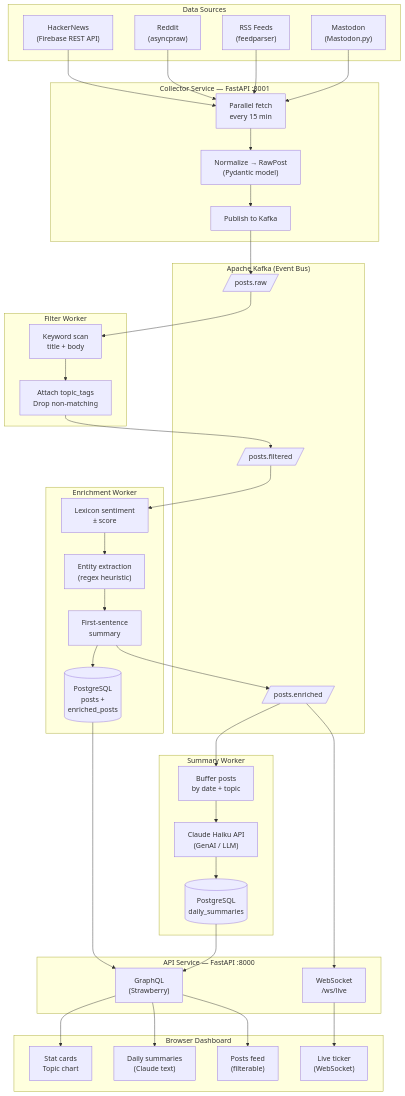
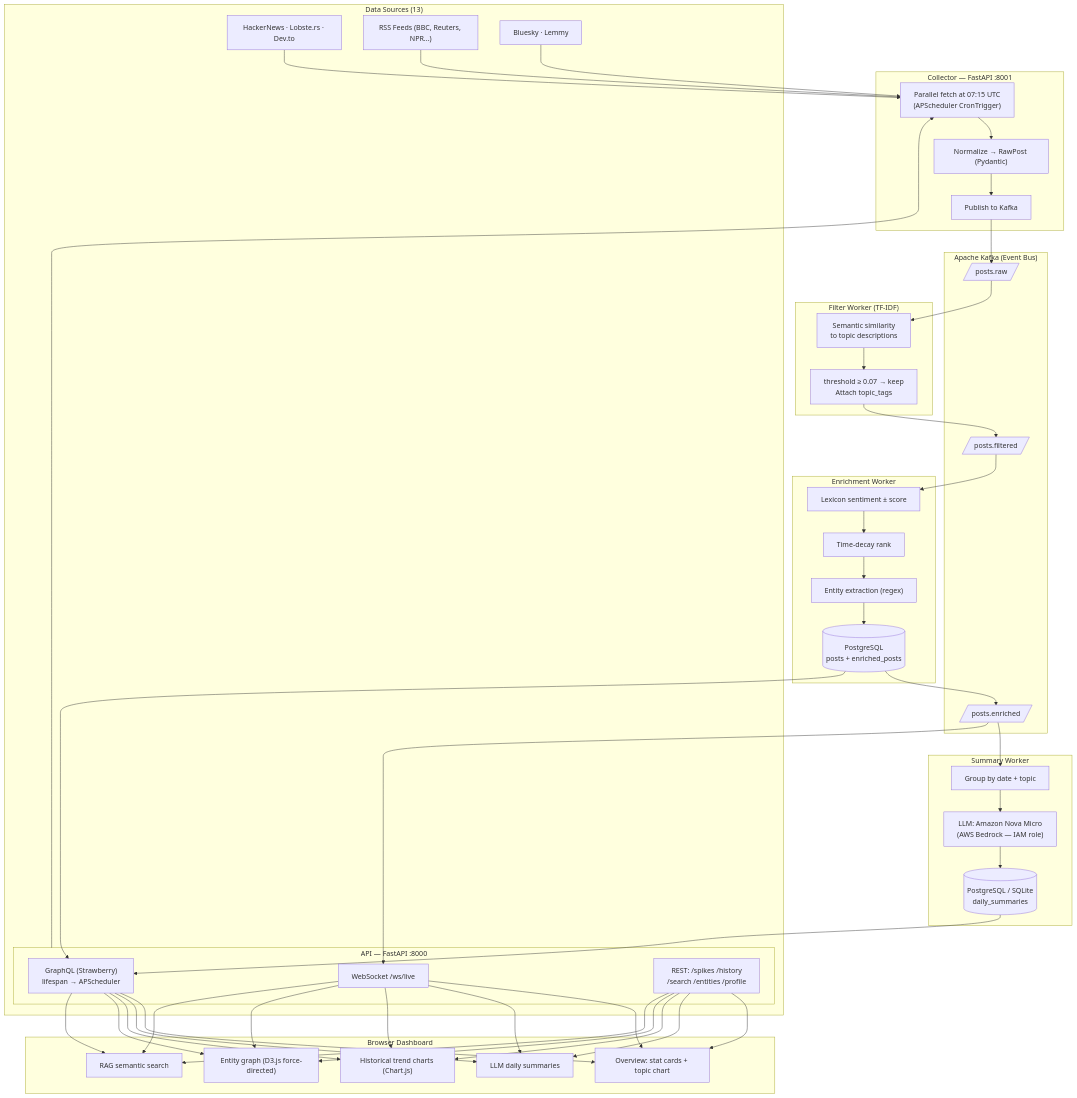
Before and after one commit to fborbon/social-pulse: the diagram in README.md, drawn with Mermaid. The commit also changed other lines of this file, not shown here.

First line of the commit message:
Overhaul README: FastAPI deep-dive, LLM-neutral language, detailed cost model

````diff
--- a/README.md
+++ b/README.md
@@ -136,69 +184,62 @@
 ```mermaid
 flowchart TD
-    subgraph Sources["Data Sources"]
-        HN["HackerNews\n(Firebase REST API)"]
-        RD["Reddit\n(asyncpraw)"]
-        RSS["RSS Feeds\n(feedparser)"]
-        MS["Mastodon\n(Mastodon.py)"]
+    subgraph Sources["Data Sources (13)"]
+        HN["HackerNews · Lobste.rs · Dev.to"]
+        RSS["RSS Feeds (BBC, Reuters, NPR...)"]
+        API["arXiv · GDELT · SEC · FedReg"]
+        SK["Bluesky · Lemmy"]
     end
 
-    subgraph Collector["Collector Service — FastAPI :8001"]
-        C1["Parallel fetch\nevery 15 min"]
-        C2["Normalize → RawPost\n(Pydantic model)"]
+    subgraph Collector["Collector — FastAPI :8001"]
+        C1["Parallel fetch at 07:15 UTC\n(APScheduler CronTrigger)"]
+        C2["Normalize → RawPost (Pydantic)"]
         C3["Publish to Kafka"]
     end
 
     subgraph Kafka["Apache Kafka (Event Bus)"]
         K1[/"posts.raw"/]
         K2[/"posts.filtered"/]
         K3[/"posts.enriched"/]
     end
 
-    subgraph FW["Filter Worker"]
-        F1["Keyword scan\ntitle + body"]
-        F2["Attach topic_tags\nDrop non-matching"]
+    subgraph FW["Filter Worker (TF-IDF)"]
+        F1["Semantic similarity\nto topic descriptions"]
+        F2["threshold ≥ 0.07 → keep\nAttach topic_tags"]
     end
 
     subgraph EW["Enrichment Worker"]
-        E1["Lexicon sentiment\n± score"]
-        E2["Entity extraction\n(regex heuristic)"]
-        E3["First-sentence\nsummary"]
-        E4[("PostgreSQL\nposts +\nenriched_posts")]
+        E1["Lexicon sentiment ± score"]
+        E2["Time-decay rank"]
+        E3["Entity extraction (regex)"]
+        E4[("PostgreSQL\nposts + enriched_posts")]
     end
 
     subgraph SW["Summary Worker"]
-        S1["Buffer posts\nby date + topic"]
-        S2["Claude Haiku API\n(GenAI / LLM)"]
-        S3[("PostgreSQL\ndaily_summaries")]
+        S1["Group by date + topic"]
+        S2["LLM: Amazon Nova Micro\n(AWS Bedrock — IAM role)"]
+        S3[("PostgreSQL / SQLite\ndaily_summaries")]
     end
 
-    subgraph API["API Service — FastAPI :8000"]
-        G1["GraphQL\n(Strawberry)"]
-        G2["WebSocket\n/ws/live"]
+    subgraph API["API — FastAPI :8000"]
+        G1["GraphQL (Strawberry)\nlifespan → APScheduler"]
+        G2["WebSocket /ws/live"]
+        G3["REST: /spikes /history\n/search /entities /profile"]
     end
 
     subgraph UI["Browser Dashboard"]
-        D1["Stat cards\nTopic chart"]
-        D2["Daily summaries\n(Claude text)"]
-        D3["Posts feed\n(filterable)"]
-        D4["Live ticker\n(WebSocket)"]
+        D1["Overview: stat cards + topic chart"]
+        D2["LLM daily summaries"]
+        D3["Historical trend charts (Chart.js)"]
+        D4["Entity graph (D3.js force-directed)"]
+        D5["RAG semantic search"]
     end
 
-    HN & RD & RSS & MS --> C1
+    HN & RSS & API & SK --> C1
     C1 --> C2 --> C3 --> K1
-
     K1 --> F1 --> F2 --> K2
-
-    K2 --> E1 --> E2 --> E3
-    E3 --> E4
-    E3 --> K3
-
+    K2 --> E1 --> E2 --> E3 --> E4 --> K3
     K3 --> S1 --> S2 --> S3
-
-    E4 --> G1
-    S3 --> G1
+    S3 & E4 --> G1
     K3 --> G2
-
-    G1 --> D1 & D2 & D3
-    G2 --> D4
+    G1 & G2 & G3 --> D1 & D2 & D3 & D4 & D5
 ```
````
